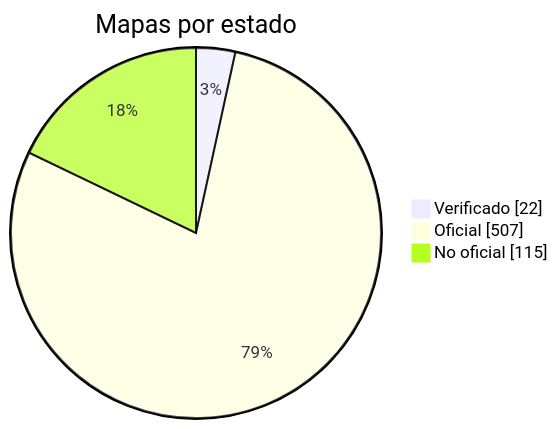
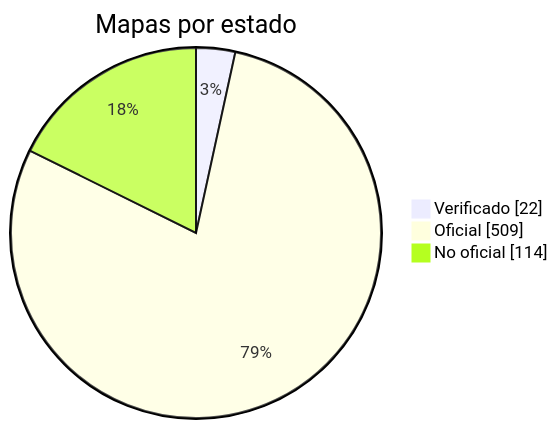
One commit to nobrega8/mbmap-library changed the diagram in docs/readme/README_ES.md. Above: the diagram before and after it, drawn with Mermaid. The commit also changed 7 other files, not shown here.

````diff
--- a/docs/readme/README_ES.md
+++ b/docs/readme/README_ES.md
@@ -54,7 +54,7 @@
 ```mermaid
 pie showData
     title Mapas por estado
     "Verificado" : 22
-    "Oficial" : 507
-    "No oficial" : 115
+    "Oficial" : 509
+    "No oficial" : 114
 ```
````
